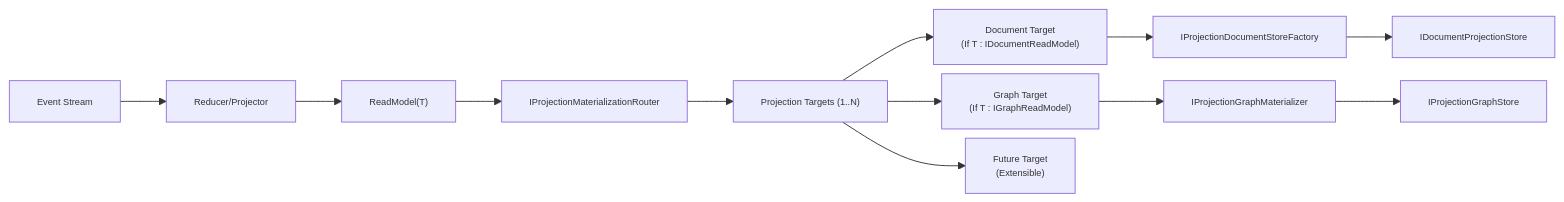
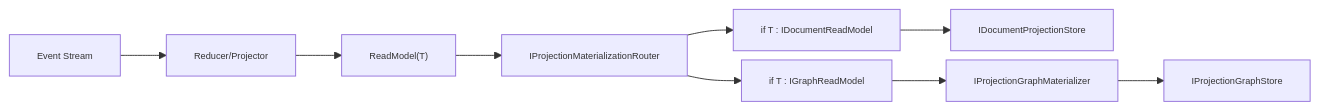
Before and after one commit to aevatarAI/aevatar: the first of 2 diagrams in docs/architecture/projection-readmodel-full-refactor-plan-2026-02-24.md, drawn with Mermaid. The commit also changed other lines of this file and 38 other files, not shown here.

First line of the commit message:
Refactor Projection ReadModel Architecture and Streamline Provider Selection

````diff
--- a/docs/architecture/projection-readmodel-full-refactor-plan-2026-02-24.md
+++ b/docs/architecture/projection-readmodel-full-refactor-plan-2026-02-24.md
@@ -52,19 +30,14 @@
 ```mermaid
 %%{init: {"maxTextSize": 100000, "flowchart": {"useMaxWidth": false, "nodeSpacing": 10, "rankSpacing": 50}, "themeVariables": {"fontSize": "10px"}}}%%
 flowchart LR
     EVT["Event Stream"] --> RED["Reducer/Projector"]
     RED --> RM["ReadModel(T)"]
     RM --> ROUTER["IProjectionMaterializationRouter<T,TKey>"]
 
-    ROUTER --> TARGETS["Projection Targets (1..N)"]
+    ROUTER --> DOC_GATE["if T : IDocumentReadModel"]
+    ROUTER --> GRA_GATE["if T : IGraphReadModel"]
 
-    TARGETS --> DOC_ROUTE["Document Target\n(If T : IDocumentReadModel)"]
-    TARGETS --> GRA_ROUTE["Graph Target\n(If T : IGraphReadModel)"]
-    TARGETS --> EXT_ROUTE["Future Target\n(Extensible)"]
-
-    DOC_ROUTE --> DOC_FACTORY["IProjectionDocumentStoreFactory"]
-    DOC_FACTORY --> DOC_STORE["IDocumentProjectionStore<T,TKey>"]
-
-    GRA_ROUTE --> GRA_MAT["IProjectionGraphMaterializer<T>"]
+    DOC_GATE --> DOC_STORE["IDocumentProjectionStore<T,TKey>"]
+    GRA_GATE --> GRA_MAT["IProjectionGraphMaterializer<T>"]
     GRA_MAT --> GRA_STORE["IProjectionGraphStore"]
 ```
````
